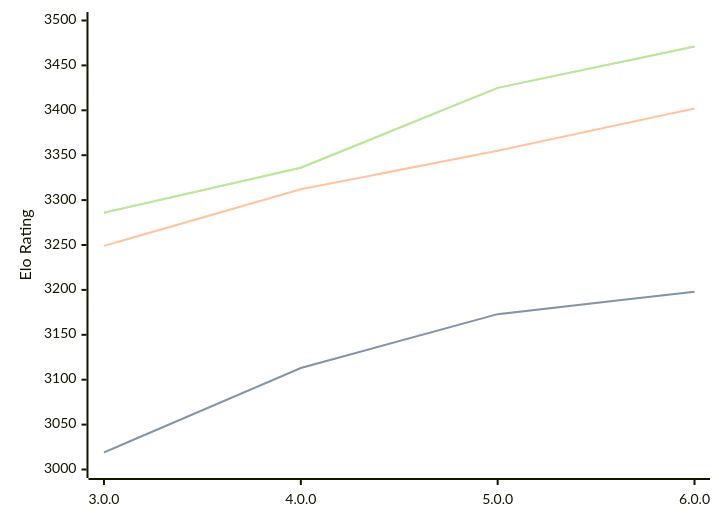
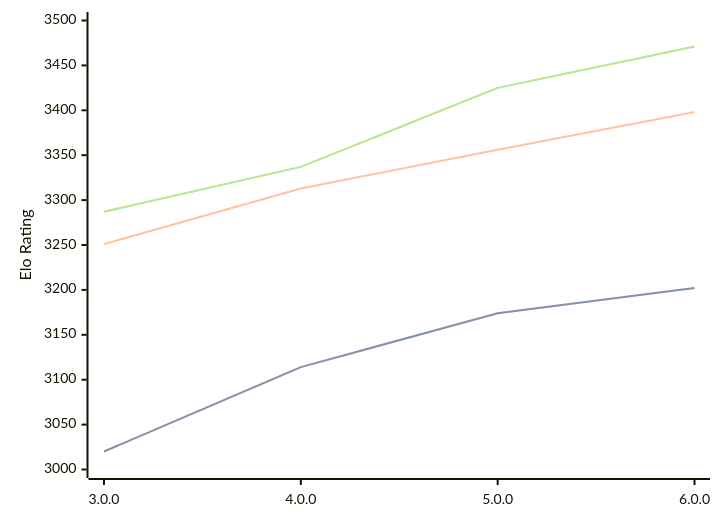
The diagram in engines/Minke.md (computer-chess-index/cci), drawn with Mermaid before and after one commit. The commit also changed other lines of this file, not shown here.

Commit message:
Update CCI Ratings (ELO VLTC) - 2026-05-01

````diff
--- a/engines/Minke.md
+++ b/engines/Minke.md
@@ -36,11 +36,11 @@
 ```mermaid
 %%{init: {"theme":"base","themeVariables":{"seriesColors:['#a3a3a3','#222221','#faa371']}}}%%
 xychart-beta
   x-axis ["3.0.0", "4.0.0", "5.0.0", "6.0.0"]
   y-axis "Elo Rating" 3000 --> 3500
-  line "STC (8.0+0.08s)" [3019, 3113, 3173, 3198]
-  line "STC (8.0+0.08s)" [3019, 3113, 3173, 3198]
-  line "LTC (60.0+0.60s)" [3249, 3312, 3355, 3402]
-  line "VLTC (2m24s+1.12s)" [3286, 3336, 3425, 3471]
-  line "VLTC (2m24s+1.12s)" [3286, 3336, 3425, 3471]
+  line "STC (8.0+0.08s)" [3020, 3114, 3174, 3202]
+  line "STC (8.0+0.08s)" [3020, 3114, 3174, 3202]
+  line "LTC (60.0+0.60s)" [3251, 3313, 3356, 3398]
+  line "VLTC (2m24s+1.12s)" [3287, 3337, 3425, 3471]
+  line "VLTC (2m24s+1.12s)" [3287, 3337, 3425, 3471]
 ```
````
